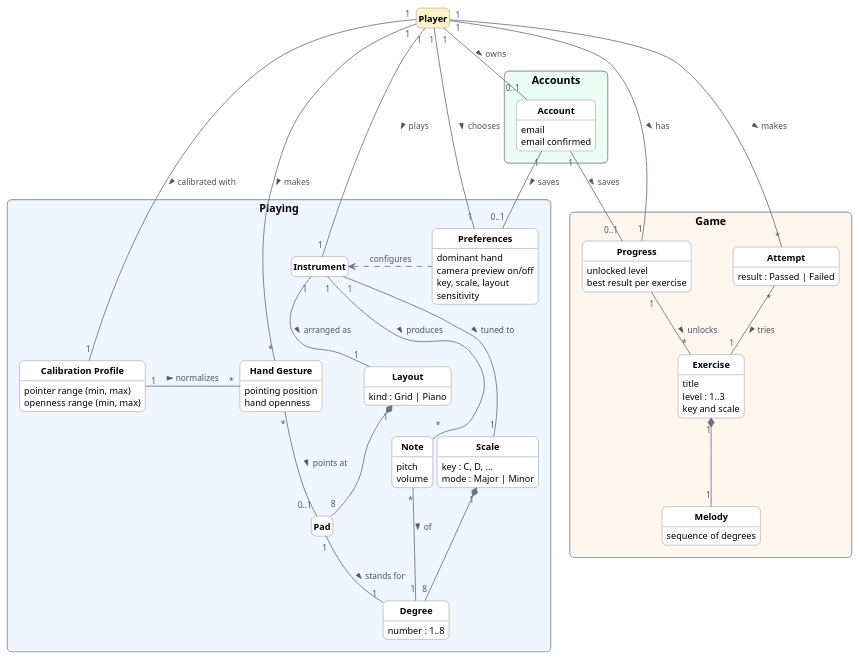
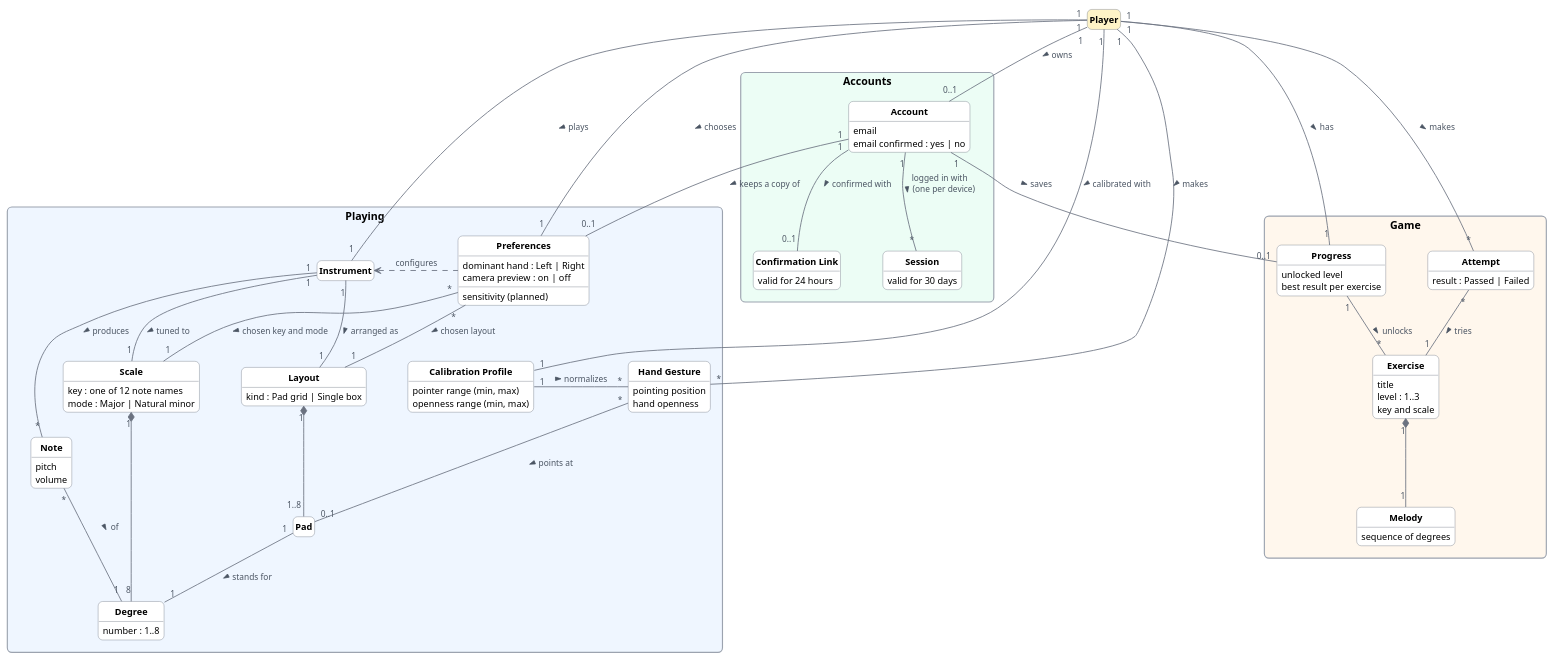
One commit to MESW-LES-2627/les-project-group-5 changed the diagram in docs/design/domain-model.puml. Above: the diagram before and after it, drawn with PlantUML. The commit also changed 5 other files, not shown here.

```diff
--- a/docs/design/domain-model.puml
+++ b/docs/design/domain-model.puml
@@ -1,115 +1,124 @@
 @startuml
 ' Look: soft colours, rounded corners, curved lines, small grey labels.
 skinparam shadowing false
 skinparam roundCorner 12
 skinparam defaultFontName Helvetica
 skinparam defaultFontSize 13
 skinparam classAttributeIconSize 0
 skinparam classFontStyle bold
 skinparam classAttributeFontSize 12
 skinparam ArrowColor #6B7280
 skinparam ArrowThickness 1.1
 skinparam ArrowFontSize 11
 skinparam ArrowFontColor #4B5563
 skinparam packageStyle rectangle
 skinparam packageFontSize 14
 skinparam packageBorderColor #9CA3AF
 skinparam class {
   BackgroundColor #FFFFFF
   BorderColor #6B7280
 }
 hide empty members
 hide circle
 skinparam nodesep 55
 skinparam ranksep 50
 
 class Player #FEF3C7
 
 package "Playing" #EFF6FF {
   class CalibrationProfile as "Calibration Profile" {
     pointer range (min, max)
     openness range (min, max)
   }
   class HandGesture as "Hand Gesture" {
     pointing position
     hand openness
   }
   class Instrument
   class Preferences {
-    dominant hand
-    camera preview on/off
-    key, scale, layout
-    sensitivity
+    dominant hand : Left | Right
+    camera preview : on | off
+    sensitivity (planned)
   }
   class Pad
   class Layout {
-    kind : Grid | Piano
+    kind : Pad grid | Single box
   }
   class Note {
     pitch
     volume
   }
   class Scale {
-    key : C, D, ...
-    mode : Major | Minor
+    key : one of 12 note names
+    mode : Major | Natural minor
   }
   class Degree {
     number : 1..8
   }
 }
 
 package "Accounts" #ECFDF5 {
   class Account {
     email
-    email confirmed
+    email confirmed : yes | no
+  }
+  class ConfirmationLink as "Confirmation Link" {
+    valid for 24 hours
+  }
+  class Session {
+    valid for 30 days
   }
 }
 
 package "Game" #FFF7ED {
   class Progress {
     unlocked level
     best result per exercise
   }
   class Attempt {
     result : Passed | Failed
   }
   class Exercise {
     title
     level : 1..3
     key and scale
   }
   class Melody {
     sequence of degrees
   }
 }
 
 ' Player and the three areas
 Player "1" -down- "1" CalibrationProfile : calibrated with >
 Player "1" -down- "*" HandGesture : makes >
 Player "1" -down- "1" Instrument : plays >
 Player "1" -down- "1" Preferences : chooses >
 Player "1" -down- "0..1" Account : owns >
 Player "1" -down- "1" Progress : has >
 Player "1" -down- "*" Attempt : makes >
 
 ' Playing
 CalibrationProfile "1" -right- "*" HandGesture : normalizes >
 HandGesture "*" -down- "0..1" Pad : points at >
+Preferences "*" -down- "1" Scale : chosen key and mode >
+Preferences "*" -down- "1" Layout : chosen layout >
 Preferences .left.> Instrument : configures
 Instrument "1" -down- "1" Layout : arranged as >
 Instrument "1" -down- "*" Note : produces >
 Instrument "1" -down- "1" Scale : tuned to >
-Layout "1" *-down- "8" Pad
+Layout "1" *-down- "1..8" Pad
 Pad "1" -down- "1" Degree : stands for >
 Note "*" -down- "1" Degree : of >
 Scale "1" *-down- "8" Degree
 
 ' Accounts
-Account "1" -down- "0..1" Preferences : saves >
+Account "1" -down- "0..1" ConfirmationLink : confirmed with >
+Account "1" -down- "*" Session : logged in with\n(one per device) >
+Account "1" -down- "0..1" Preferences : keeps a copy of >
 Account "1" -down- "0..1" Progress : saves >
 
 ' Game
 Progress "1" -down- "*" Exercise : unlocks >
 Attempt "*" -down- "1" Exercise : tries >
 Exercise "1" *-down- "1" Melody
 @enduml
```
